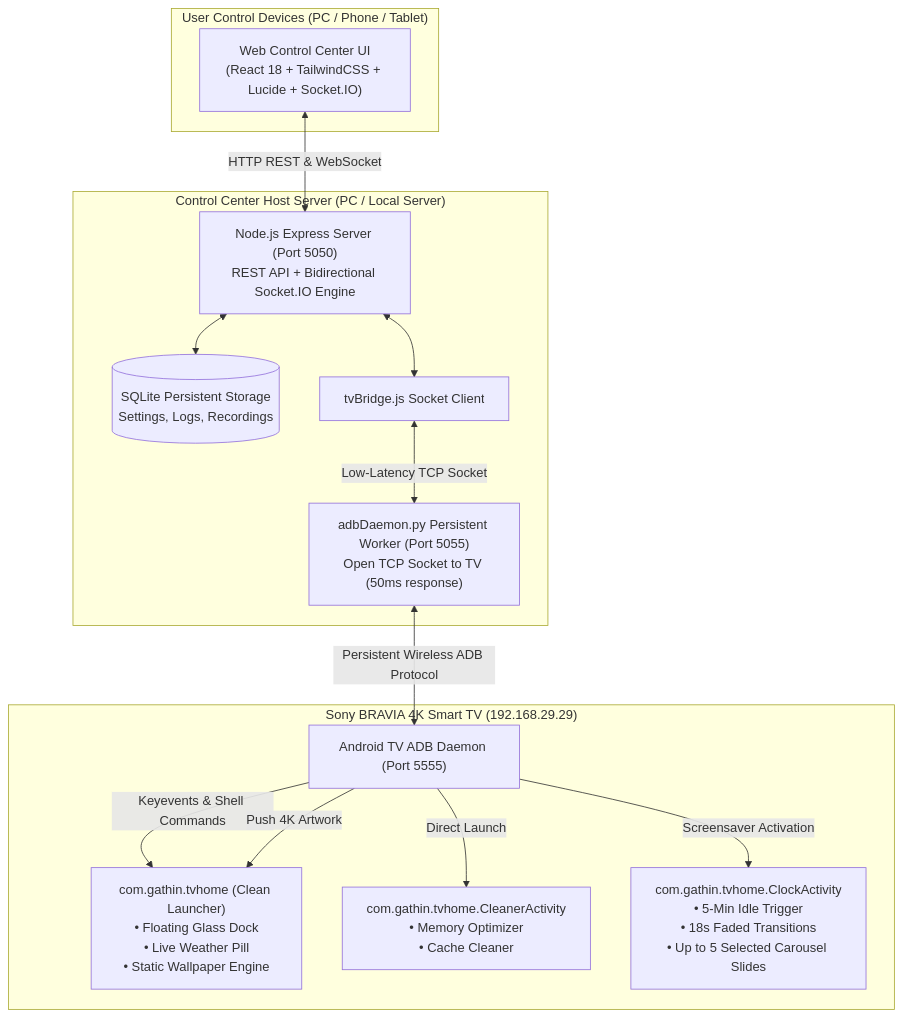
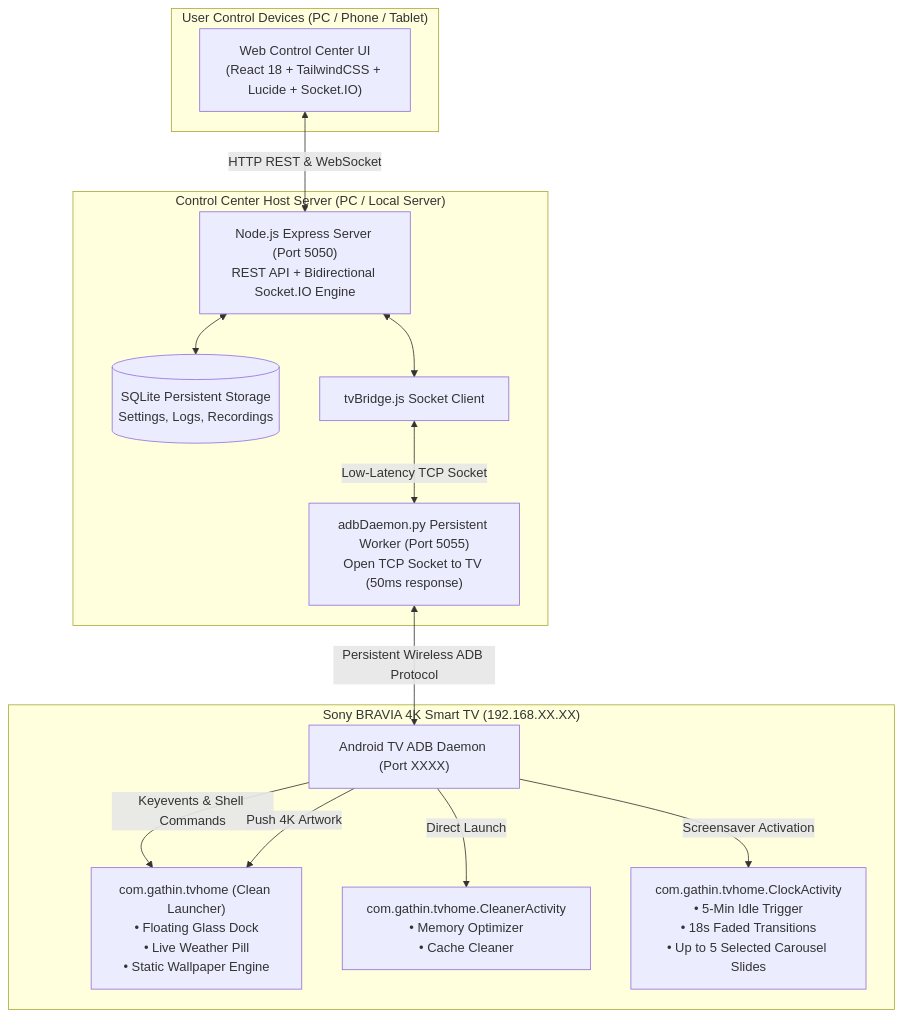
Before and after one commit to AbheetHacker4278/Customize-TV-Interface-Command-Center-: the diagram in README.md, drawn with Mermaid.

Commit message:
Modify TV subgraph IP and port details
Updated the IP address and port information for the Sony BRAVIA TV in the README.

````diff
--- a/README.md
+++ b/README.md
@@ -137,30 +137,30 @@
 ```mermaid
 flowchart TD
     subgraph Client["User Control Devices (PC / Phone / Tablet)"]
         Browser["Web Control Center UI<br/>(React 18 + TailwindCSS + Lucide + Socket.IO)"]
     end
 
     subgraph Host["Control Center Host Server (PC / Local Server)"]
         Server["Node.js Express Server (Port 5050)<br/>REST API + Bidirectional Socket.IO Engine"]
         DB[(SQLite Persistent Storage<br/>Settings, Logs, Recordings)]
         Bridge["tvBridge.js Socket Client"]
         Daemon["adbDaemon.py Persistent Worker (Port 5055)<br/>Open TCP Socket to TV (50ms response)"]
     end
 
-    subgraph TV["Sony BRAVIA 4K Smart TV (192.168.29.29)"]
-        ADB["Android TV ADB Daemon (Port 5555)"]
+    subgraph TV["Sony BRAVIA 4K Smart TV (192.168.XX.XX)"]
+        ADB["Android TV ADB Daemon (Port XXXX)"]
         Launcher["com.gathin.tvhome (Clean Launcher)<br/>• Floating Glass Dock<br/>• Live Weather Pill<br/>• Static Wallpaper Engine"]
         Cleaner["com.gathin.tvhome.CleanerActivity<br/>• Memory Optimizer<br/>• Cache Cleaner"]
         Screensaver["com.gathin.tvhome.ClockActivity<br/>• 5-Min Idle Trigger<br/>• 18s Faded Transitions<br/>• Up to 5 Selected Carousel Slides"]
     end
 
     Browser <-->|HTTP REST & WebSocket| Server
     Server <--> DB
     Server <--> Bridge
     Bridge <-->|Low-Latency TCP Socket| Daemon
     Daemon <-->|Persistent Wireless ADB Protocol| ADB
     ADB -->|Keyevents & Shell Commands| Launcher
     ADB -->|Direct Launch| Cleaner
     ADB -->|Screensaver Activation| Screensaver
     ADB -->|Push 4K Artwork| Launcher
 ```
````
